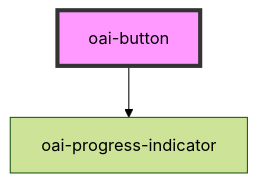
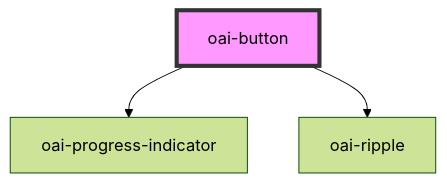
Before and after one commit to iamplus-sensiya/components-over-ai: the diagram in src/components/button/readme.md, drawn with Mermaid (forest theme). The commit also changed other lines of this file and 9 other files, not shown here.

````diff
--- a/src/components/button/readme.md
+++ b/src/components/button/readme.md
@@ -39,5 +41,6 @@
 ```mermaid
 graph TD;
   oai-button --> oai-progress-indicator
+  oai-button --> oai-ripple
   style oai-button fill:#f9f,stroke:#333,stroke-width:4px
 ```
````
